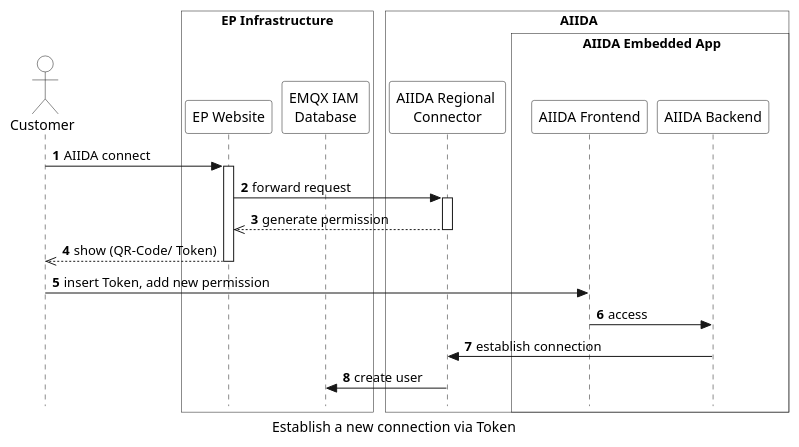
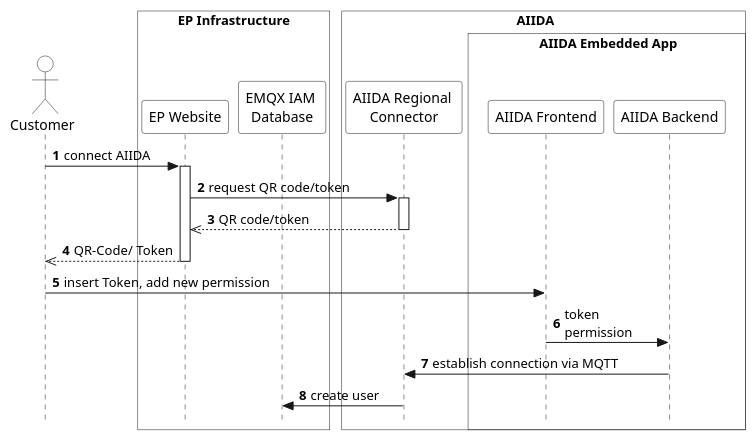
Before and after one commit to eddie-energy/architecture: the diagram in arc42/aiida/runtime-view/figures/aiida_new_connection_token.puml, drawn with PlantUML. The commit also changed 50 other files, not shown here.

```diff
--- a/arc42/aiida/runtime-view/figures/aiida_new_connection_token.puml
+++ b/arc42/aiida/runtime-view/figures/aiida_new_connection_token.puml
@@ -1,49 +1,40 @@
 @startuml aiida_new_connection_token
 'sequence diagram
-caption Establish a new connection via Token
 
 skinparam style strictuml
 skinparam sequence {
   ParticipantBackgroundColor transparent
   ActorBackgroundColor transparent
 }
 
 autonumber
 !pragma teoz true
 
 actor "Customer" as user
 box "EP Infrastructure" #transparent
-  participant "EP Website" as website
-  participant "EMQX IAM \nDatabase" as database
+participant "EP Website" as website
+participant "EMQX IAM \nDatabase" as database
 end box
-    box "\tAIIDA\t\t"  #transparent
-    participant "AIIDA Regional \nConnector" as connector
-      box "\t\tAIIDA Embedded App\t\t"  #transparent
-      participant "AIIDA Frontend" as frontend
-      participant "AIIDA Backend" as backend
-    end box
-  end box
+box "\tAIIDA\t\t"  #transparent
+participant "AIIDA Regional \nConnector" as connector
+box "\t\tAIIDA Embedded App\t\t"  #transparent
+participant "AIIDA Frontend" as frontend
+participant "AIIDA Backend" as backend
+end box
+end box
 
-
-user -> website : AIIDA connect
+user -> website : connect AIIDA
 activate website
-website -> connector : forward request
+website -> connector : request QR code/token
 activate connector
-connector -->> website : generate permission
+connector -->> website : QR code/token
 deactivate connector
-  website -->> user : show (QR-Code/ Token)
+website -->> user : QR-Code/ Token
 deactivate website
 
-
-  user -> frontend : insert Token, add new permission
- 
-      frontend -> backend : access
-
-    backend  -> connector : establish connection
-
-    connector -> database : create user
-
-
-
+user -> frontend : insert Token, add new permission
+frontend -> backend : token \npermission
+backend -> connector : establish connection via MQTT
+connector -> database : create user
 
 @enduml
```
